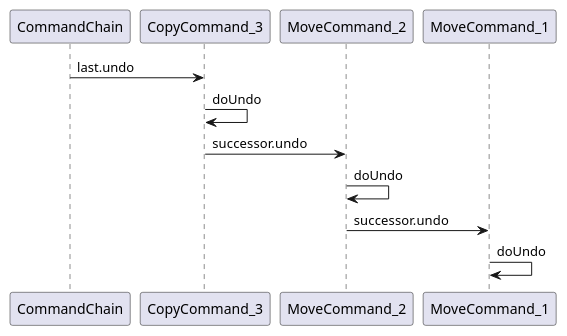
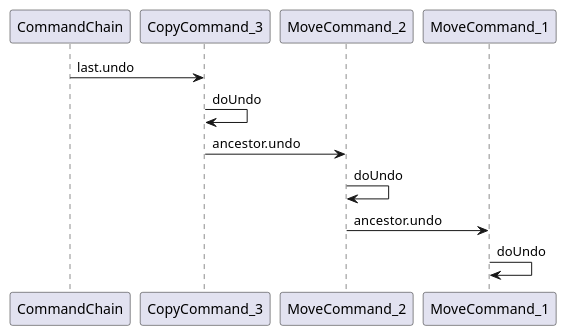
Before and after one commit to trustedshops/design-patterns: the eighth of 11 diagrams in javaDesignPatterns/src/docs/asciidoc/diagrams.adoc, drawn with PlantUML. The commit also changed 2 other files, not shown here.

```diff
--- a/javaDesignPatterns/src/docs/asciidoc/diagrams.adoc
+++ b/javaDesignPatterns/src/docs/asciidoc/diagrams.adoc
@@ -126,10 +126,10 @@
 [plantuml, diagram-command-chain-undo-seq, png]
 ....
 CommandChain -> CopyCommand_3: last.undo
 CopyCommand_3 -> CopyCommand_3: doUndo
-CopyCommand_3 -> MoveCommand_2: successor.undo
+CopyCommand_3 -> MoveCommand_2: ancestor.undo
 MoveCommand_2 -> MoveCommand_2: doUndo
-MoveCommand_2 -> MoveCommand_1: successor.undo
+MoveCommand_2 -> MoveCommand_1: ancestor.undo
 MoveCommand_1 -> MoveCommand_1: doUndo
 
 ....
```
